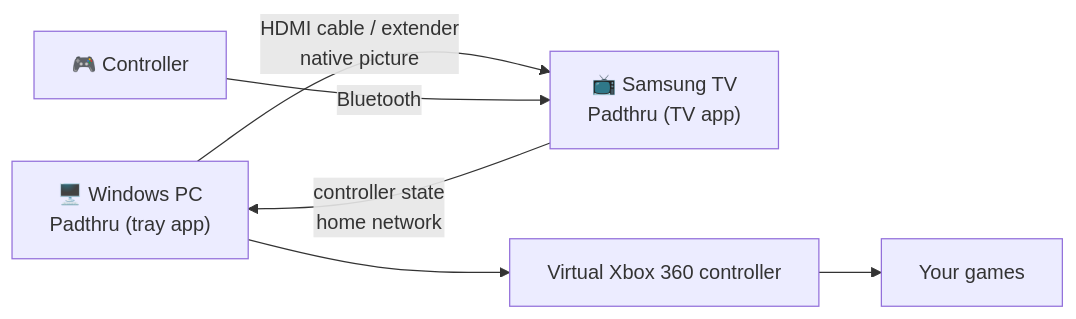
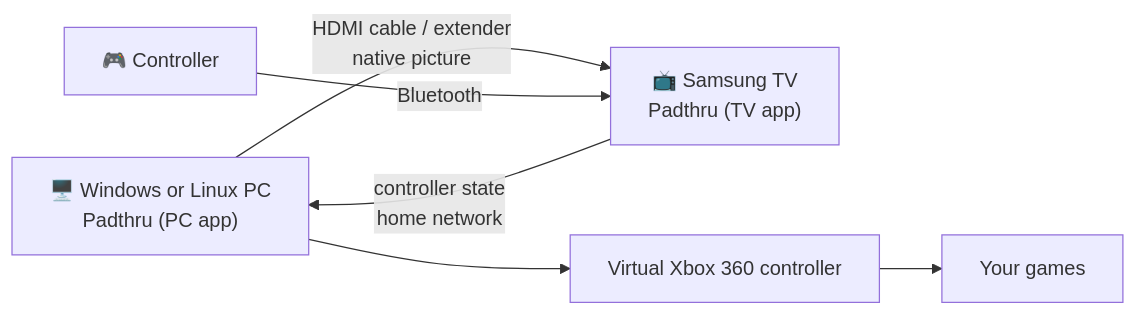
One commit to labanmne/padthru changed the diagram in README.md. Above: the diagram before and after it, drawn with Mermaid. The commit also changed other lines of this file and 19 other files, not shown here.

First line of the commit message:
Add the Linux PC app (Padthru 0.2.0)

````diff
--- a/README.md
+++ b/README.md
@@ -31,7 +31,7 @@
 ```mermaid
 flowchart LR
-    PC["🖥️ Windows PC<br/>Padthru (tray app)"] -- "HDMI cable / extender<br/>native picture" --> TV["📺 Samsung TV<br/>Padthru (TV app)"]
+    PC["🖥️ Windows or Linux PC<br/>Padthru (PC app)"] -- "HDMI cable / extender<br/>native picture" --> TV["📺 Samsung TV<br/>Padthru (TV app)"]
     Pad["🎮 Controller"] -- "Bluetooth" --> TV
     TV -- "controller state<br/>home network" --> PC
     PC --> X["Virtual Xbox 360 controller"] --> G["Your games"]
 ```
````
